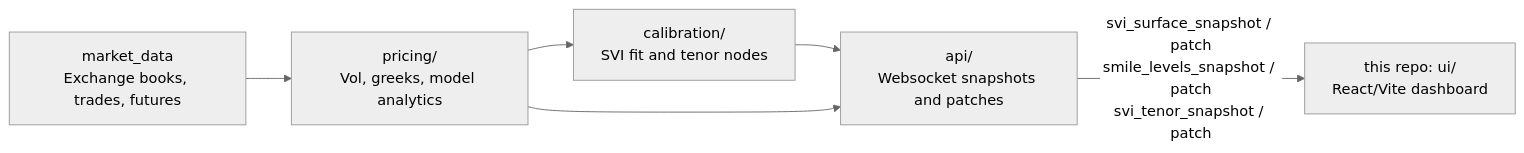
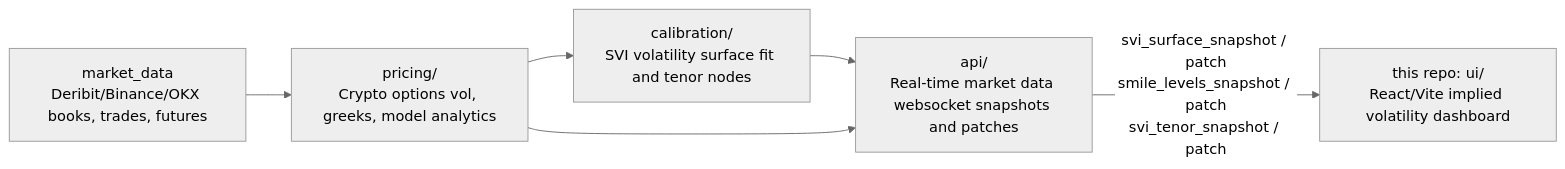
The diagram in README.md (SGordonQD/volatility-surface-front-end), drawn with Mermaid (neutral theme) before and after one commit. The commit also changed other lines of this file and 4 other files, not shown here.

````diff
--- a/README.md
+++ b/README.md
@@ -34,14 +71,14 @@
 ```mermaid
 flowchart LR
-  md["market_data<br/>Exchange books, trades, futures"]
-  pricing["pricing/<br/>Vol, greeks, model analytics"]
-  calib["calibration/<br/>SVI fit and tenor nodes"]
-  api["api/<br/>Websocket snapshots and patches"]
-  ui["this repo: ui/<br/>React/Vite dashboard"]
+  md["market_data<br/>Deribit/Binance/OKX books, trades, futures"]
+  pricing["pricing/<br/>Crypto options vol, greeks, model analytics"]
+  calib["calibration/<br/>SVI volatility surface fit and tenor nodes"]
+  api["api/<br/>Real-time market data websocket snapshots and patches"]
+  ui["this repo: ui/<br/>React/Vite implied volatility dashboard"]
 
   md --> pricing
   pricing --> calib
   calib --> api
   pricing --> api
   api -->|svi_surface_snapshot / patch<br/>smile_levels_snapshot / patch<br/>svi_tenor_snapshot / patch| ui
 ```
````
